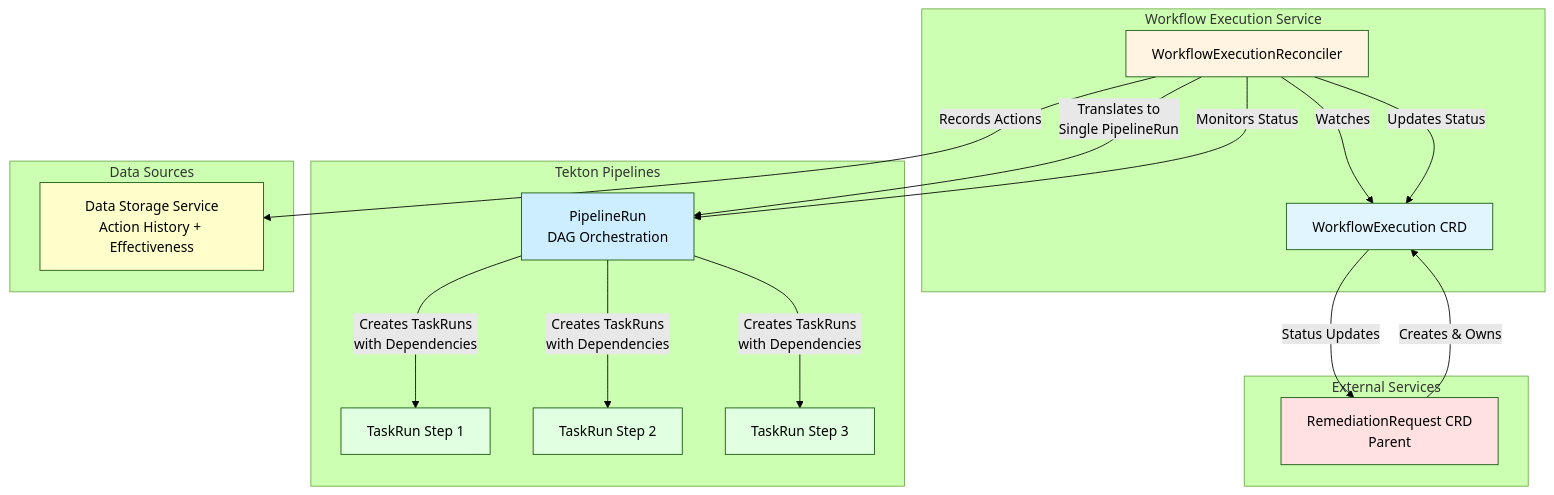
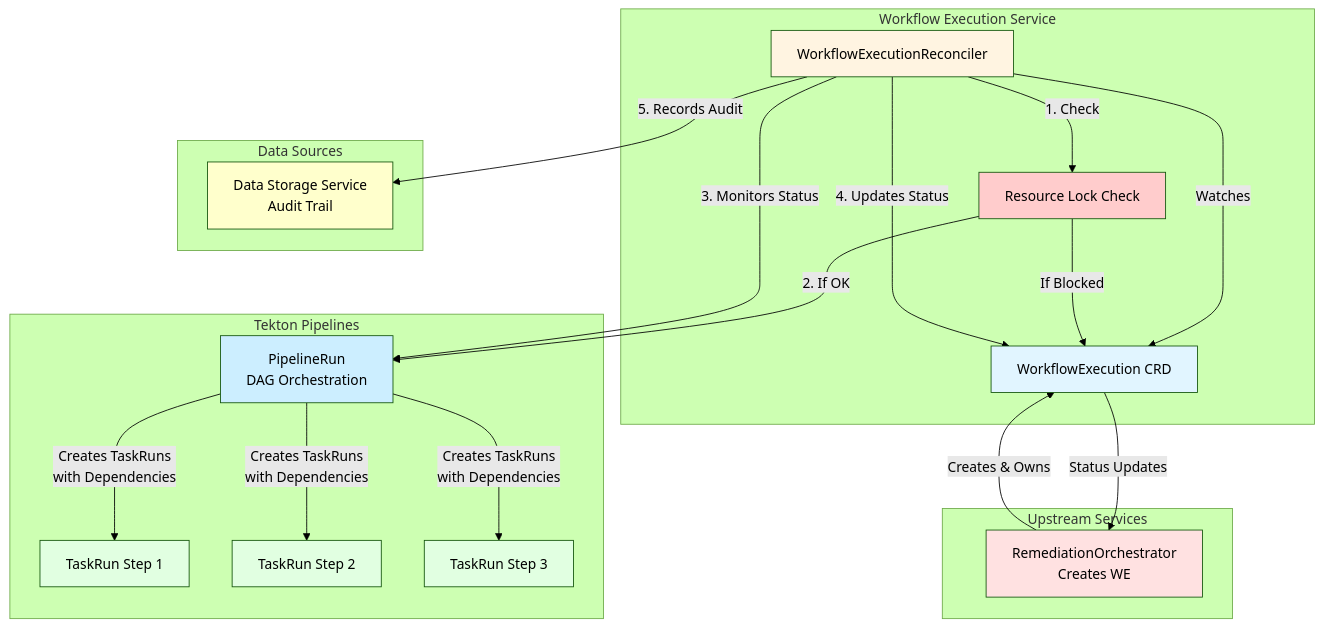
Before and after one commit to jordigilh/kubernaut: the first of 3 diagrams in docs/services/crd-controllers/03-workflowexecution/overview.md, drawn with Mermaid (forest theme). The commit also changed other lines of this file and 16 other files, not shown here.

First line of the commit message:
docs(workflowexecution): update for Tekton architecture and single-workflow model

````diff
--- a/docs/services/crd-controllers/03-workflowexecution/overview.md
+++ b/docs/services/crd-controllers/03-workflowexecution/overview.md
@@ -98,42 +78,46 @@
 ```mermaid
 graph TB
     subgraph "Workflow Execution Service"
         WE[WorkflowExecution CRD]
         Controller[WorkflowExecutionReconciler]
+        Lock[Resource Lock Check]
     end
 
-    subgraph "External Services"
-        AR[RemediationRequest CRD<br/>Parent]
+    subgraph "Upstream Services"
+        RO[RemediationOrchestrator<br/>Creates WE]
     end
 
     subgraph "Tekton Pipelines"
         PR[PipelineRun<br/>DAG Orchestration]
         TR1[TaskRun Step 1]
         TR2[TaskRun Step 2]
         TR3[TaskRun Step 3]
     end
 
     subgraph "Data Sources"
-        DB[Data Storage Service<br/>Action History + Effectiveness]
+        DB[Data Storage Service<br/>Audit Trail]
     end
 
-    AR -->|Creates & Owns| WE
+    RO -->|Creates & Owns| WE
     Controller -->|Watches| WE
-    Controller -->|Translates to<br/>Single PipelineRun| PR
+    Controller -->|1. Check| Lock
+    Lock -->|2. If OK| PR
+    Lock -->|If Blocked| WE
     PR -->|Creates TaskRuns<br/>with Dependencies| TR1
     PR -->|Creates TaskRuns<br/>with Dependencies| TR2
     PR -->|Creates TaskRuns<br/>with Dependencies| TR3
-    Controller -->|Monitors Status| PR
-    Controller -->|Updates Status| WE
-    Controller -->|Records Actions| DB
-    WE -->|Status Updates| AR
+    Controller -->|3. Monitors Status| PR
+    Controller -->|4. Updates Status| WE
+    Controller -->|5. Records Audit| DB
+    WE -->|Status Updates| RO
 
     style WE fill:#e1f5ff
     style Controller fill:#fff4e1
-    style AR fill:#ffe1e1
+    style Lock fill:#ffcccc
+    style RO fill:#ffe1e1
     style TR1 fill:#e1ffe1
     style TR2 fill:#e1ffe1
     style TR3 fill:#e1ffe1
     style PR fill:#cceeff
     style DB fill:#ffffcc
 ```
````
